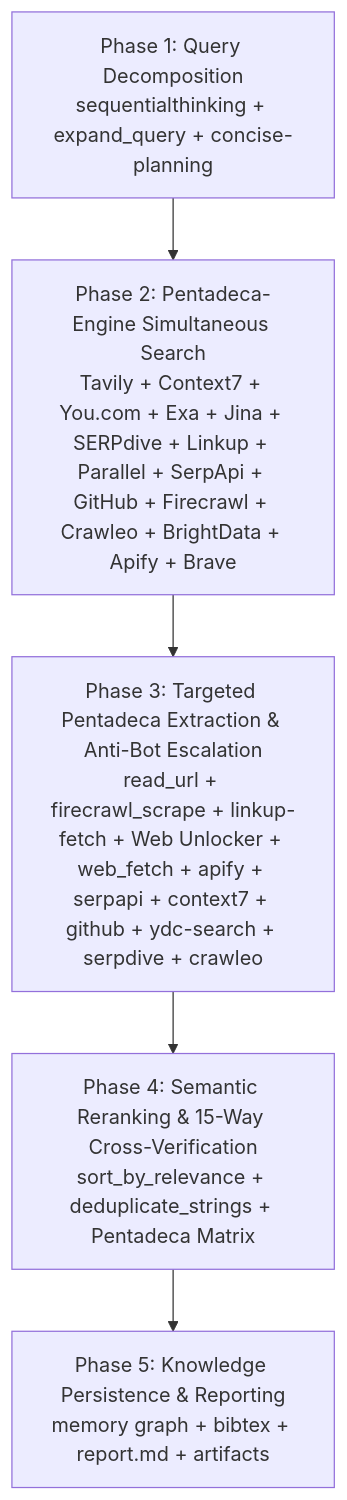
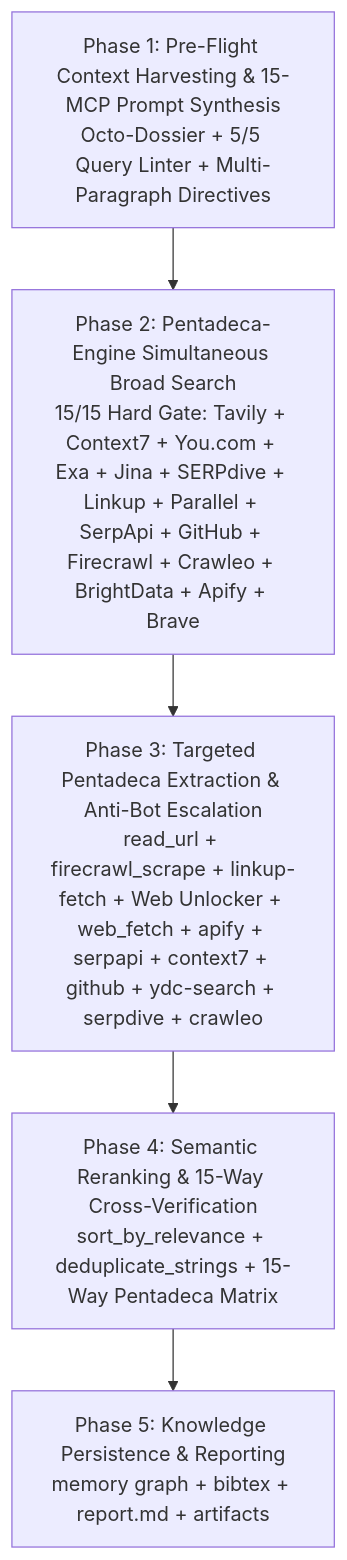
The diagram in original/ultimate-research-workflow.md (LorenzoBela/ultimate-workflows), drawn with Mermaid before and after one commit. The commit also changed other lines of this file and 1 other file, not shown here.

Commit message:
feat(research): integrate prompt and context engineering into pentadeca and universal workflows

````diff
--- a/original/ultimate-research-workflow.md
+++ b/original/ultimate-research-workflow.md
@@ -610,7 +934,7 @@
 ```mermaid
 flowchart TD
-    P1[Phase 1: Query Decomposition\nsequentialthinking + expand_query + concise-planning] --> P2[Phase 2: Pentadeca-Engine Simultaneous Search\nTavily + Context7 + You.com + Exa + Jina + SERPdive + Linkup + Parallel + SerpApi + GitHub + Firecrawl + Crawleo + BrightData + Apify + Brave]
+    P1[Phase 1: Pre-Flight Context Harvesting & 15-MCP Prompt Synthesis\nOcto-Dossier + 5/5 Query Linter + Multi-Paragraph Directives] --> P2[Phase 2: Pentadeca-Engine Simultaneous Broad Search\n15/15 Hard Gate: Tavily + Context7 + You.com + Exa + Jina + SERPdive + Linkup + Parallel + SerpApi + GitHub + Firecrawl + Crawleo + BrightData + Apify + Brave]
     P2 --> P3[Phase 3: Targeted Pentadeca Extraction & Anti-Bot Escalation\nread_url + firecrawl_scrape + linkup-fetch + Web Unlocker + web_fetch + apify + serpapi + context7 + github + ydc-search + serpdive + crawleo]
-    P3 --> P4[Phase 4: Semantic Reranking & 15-Way Cross-Verification\nsort_by_relevance + deduplicate_strings + Pentadeca Matrix]
+    P3 --> P4[Phase 4: Semantic Reranking & 15-Way Cross-Verification\nsort_by_relevance + deduplicate_strings + 15-Way Pentadeca Matrix]
     P4 --> P5[Phase 5: Knowledge Persistence & Reporting\nmemory graph + bibtex + report.md + artifacts]
 ```
````
